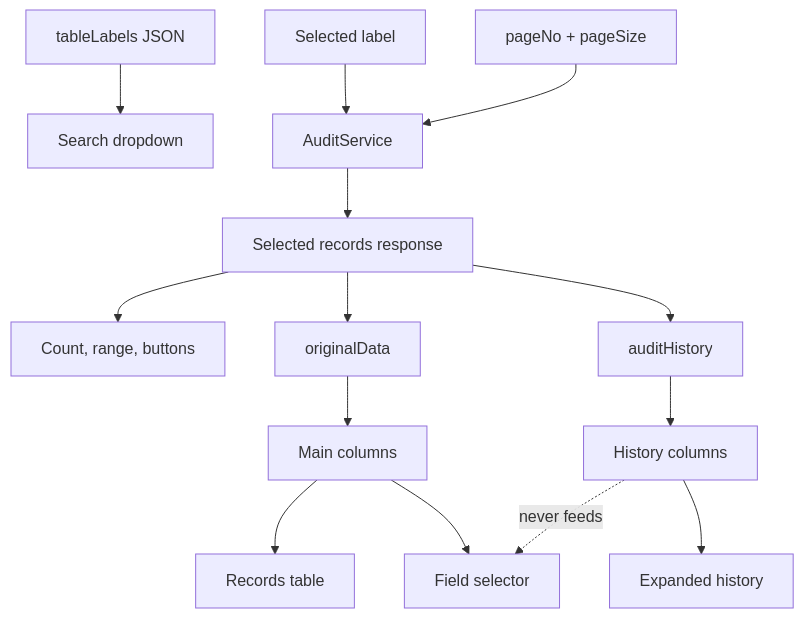
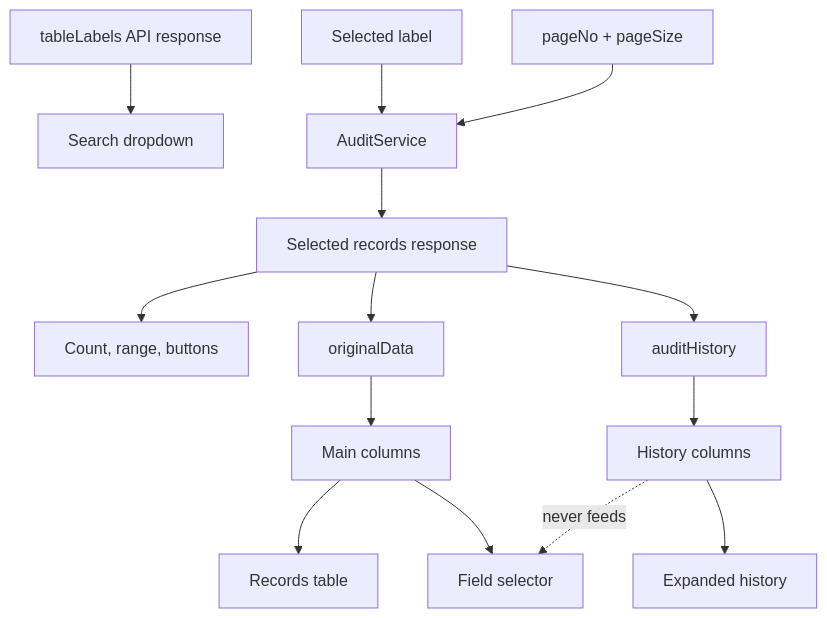
The second of 2 diagrams in docs/UI-UX-SPEC.md (MrAkashKum/audit-fronted), drawn with Mermaid before and after one commit. The commit also changed 25 other files, not shown here.

````diff
--- a/docs/UI-UX-SPEC.md
+++ b/docs/UI-UX-SPEC.md
@@ -214,16 +214,16 @@
 ```mermaid
 flowchart TB
-    Labels[tableLabels JSON] --> Picker[Search dropdown]
+    Labels[tableLabels API response] --> Picker[Search dropdown]
     Selection[Selected label] --> Service[AuditService]
     Page[pageNo + pageSize] --> Service
     Service --> Response[Selected records response]
     Response --> Meta[Count, range, buttons]
     Response --> Original[originalData]
     Response --> History[auditHistory]
     Original --> MainSchema[Main columns]
     MainSchema --> MainTable[Records table]
     MainSchema --> FilterFields[Field selector]
     History --> HistorySchema[History columns]
     HistorySchema --> HistoryTable[Expanded history]
     HistorySchema -. never feeds .-> FilterFields
 ```
````
